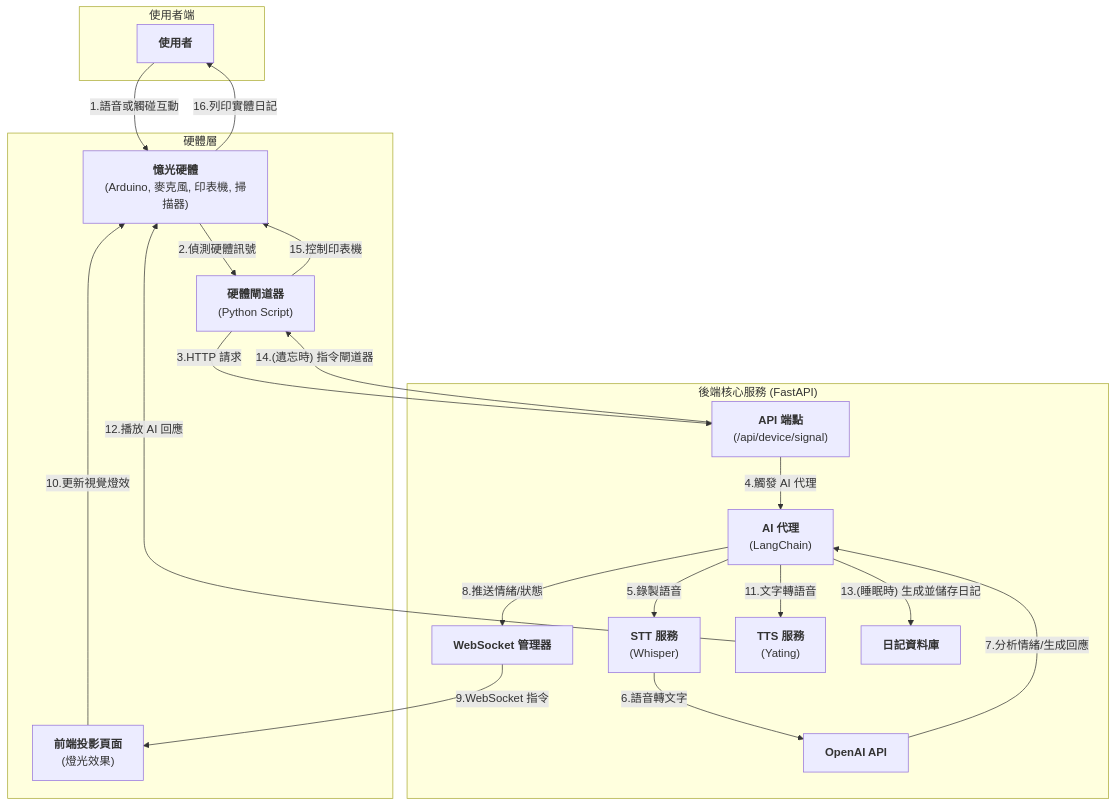
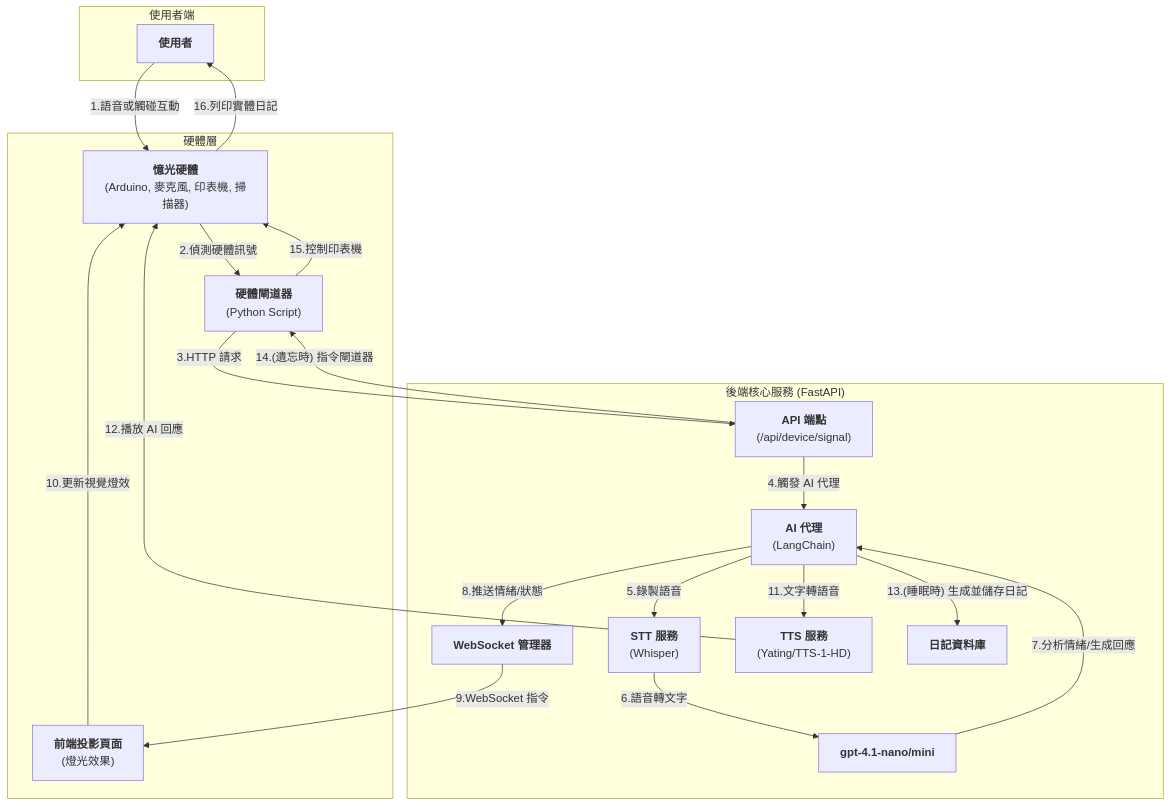
One commit to iridiumtao/OpenHCI25-Oblivilight changed the diagram in backend/README.md. Above: the diagram before and after it, drawn with Mermaid. The commit also changed other lines of this file and 6 other files, not shown here.

````diff
--- a/backend/README.md
+++ b/backend/README.md
@@ -18,39 +18,39 @@
 ```mermaid
 graph TD
     subgraph "使用者端"
         A["<B>使用者</B>"]
     end
 
     subgraph "硬體層"
         H["<B>憶光硬體</B><br/>(Arduino, 麥克風, 印表機, 掃描器)"]
         G["<B>硬體閘道器</B><br/>(Python Script)"]
         P["<B>前端投影頁面</B><br/>(燈光效果)"]
     end
 
     subgraph "後端核心服務 (FastAPI)"
         B["<B>API 端點</B><br/>(/api/device/signal)"]
         C["<B>AI 代理</B><br/>(LangChain)"]
         D["<B>WebSocket 管理器</B>"]
         E["<B>STT 服務</B><br/>(Whisper)"]
-        F["<B>TTS 服務</B><br/>(Yating)"]
+        F["<B>TTS 服務</B><br/>(Yating/TTS-1-HD)"]
         M["<B>日記資料庫</B>"]
-        N["<B>OpenAI API</B>"]
+        N["<B>gpt-4.1-nano/mini</B>"]
     end
 
     A -- 1.語音或觸碰互動 --> H;
     H -- 2.偵測硬體訊號 --> G;
     G -- 3.HTTP 請求 --> B;
     B -- 4.觸發 AI 代理 --> C;
     C -- 5.錄製語音 --> E;
     E -- 6.語音轉文字 --> N;
     N -- 7.分析情緒/生成回應 --> C;
     C -- 8.推送情緒/狀態 --> D;
     D -- 9.WebSocket 指令 --> P;
     P -- 10.更新視覺燈效 --> H;
     C -- 11.文字轉語音 --> F;
     F -- 12.播放 AI 回應 --> H;
     C -- 13.(睡眠時) 生成並儲存日記 --> M;
     B -- 14.(遺忘時) 指令閘道器 --> G;
     G -- 15.控制印表機 --> H;
     H -- 16.列印實體日記 --> A;
 ```
````
